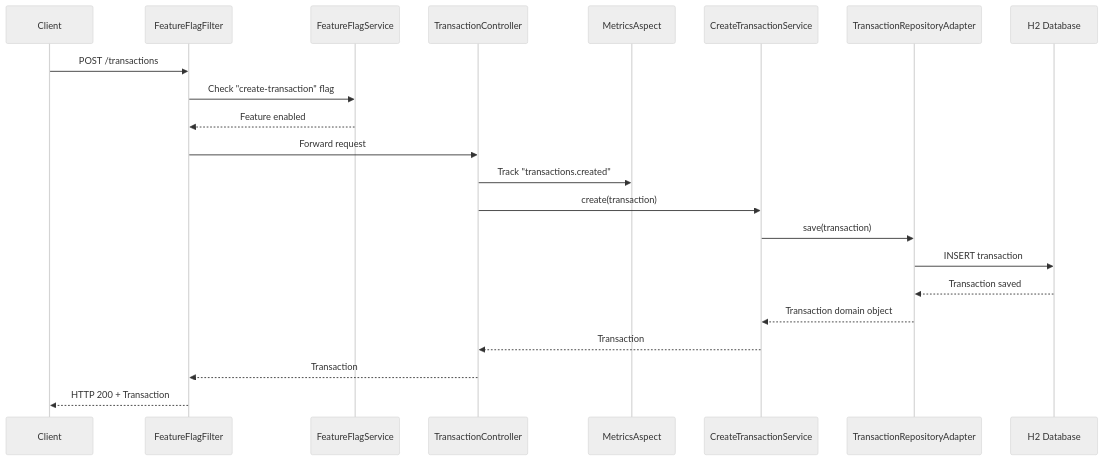
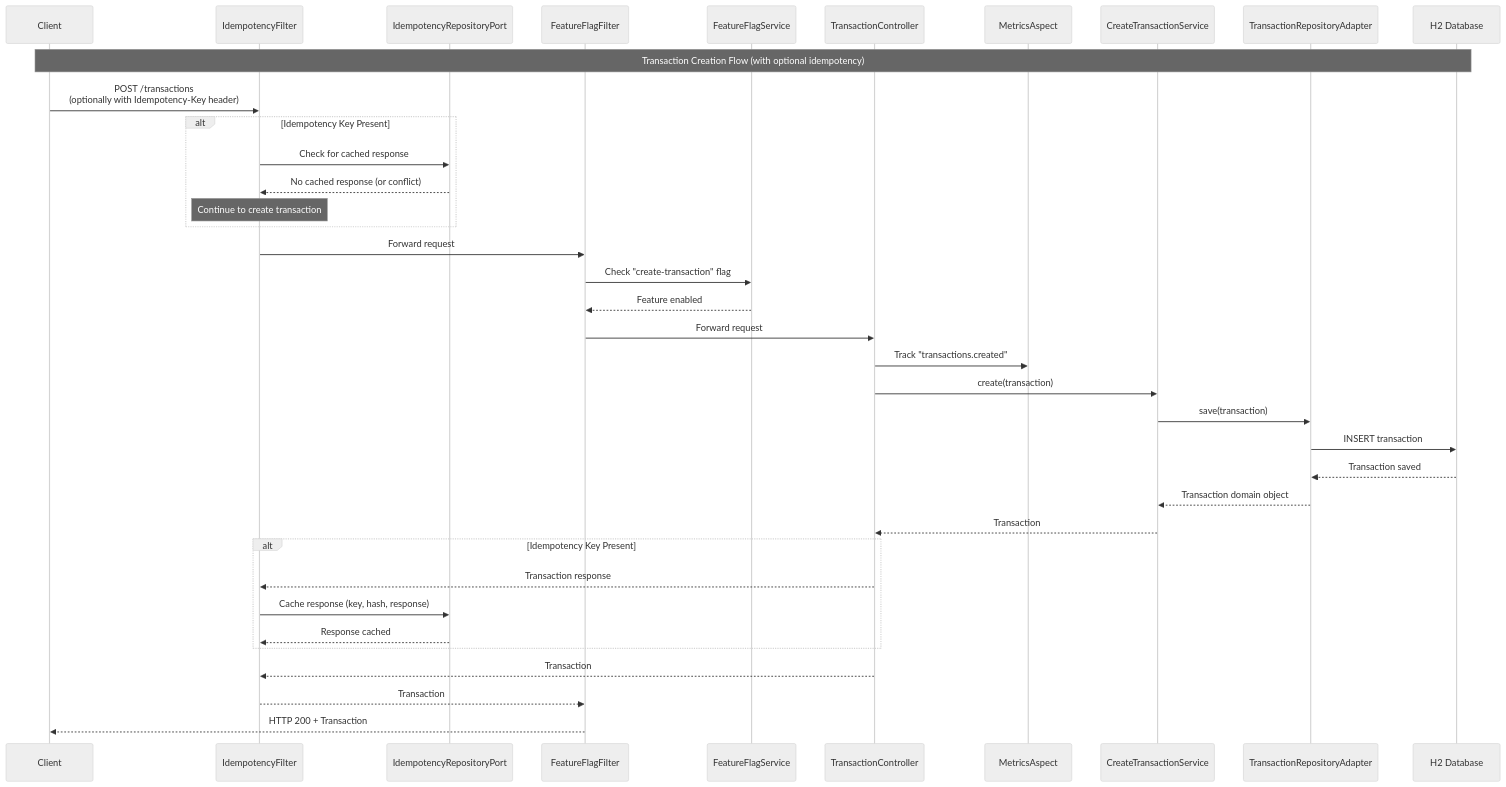
Before and after one commit to noyqdave/accounting-ledger-service: the diagram in docs/diagrams/process-view-creation.mmd, drawn with Mermaid (neutral theme). The commit also changed 7 other files, not shown here.

First line of the commit message:
Update documentation and diagrams for idempotency feature

```diff
--- a/docs/diagrams/process-view-creation.mmd
+++ b/docs/diagrams/process-view-creation.mmd
@@ -1,23 +1,42 @@
 sequenceDiagram
     participant Client
-    participant Filter as FeatureFlagFilter
+    participant IF as IdempotencyFilter
+    participant IRP as IdempotencyRepositoryPort
+    participant FFF as FeatureFlagFilter
     participant FFS as FeatureFlagService
     participant Controller as TransactionController
     participant MA as MetricsAspect
     participant Service as CreateTransactionService
     participant Adapter as TransactionRepositoryAdapter
     participant DB as H2 Database
     
-    Client->>Filter: POST /transactions
-    Filter->>FFS: Check "create-transaction" flag
-    FFS-->>Filter: Feature enabled
-    Filter->>Controller: Forward request
+    Note over Client,DB: Transaction Creation Flow (with optional idempotency)
+    Client->>IF: POST /transactions<br/>(optionally with Idempotency-Key header)
+    
+    alt Idempotency Key Present
+        IF->>IRP: Check for cached response
+        IRP-->>IF: No cached response (or conflict)
+        Note over IF: Continue to create transaction
+    end
+    
+    IF->>FFF: Forward request
+    FFF->>FFS: Check "create-transaction" flag
+    FFS-->>FFF: Feature enabled
+    FFF->>Controller: Forward request
     Controller->>MA: Track "transactions.created"
     Controller->>Service: create(transaction)
     Service->>Adapter: save(transaction)
     Adapter->>DB: INSERT transaction
     DB-->>Adapter: Transaction saved
     Adapter-->>Service: Transaction domain object
     Service-->>Controller: Transaction
-    Controller-->>Filter: Transaction
-    Filter-->>Client: HTTP 200 + Transaction
+    
+    alt Idempotency Key Present
+        Controller-->>IF: Transaction response
+        IF->>IRP: Cache response (key, hash, response)
+        IRP-->>IF: Response cached
+    end
+    
+    Controller-->>IF: Transaction
+    IF-->>FFF: Transaction
+    FFF-->>Client: HTTP 200 + Transaction
```
